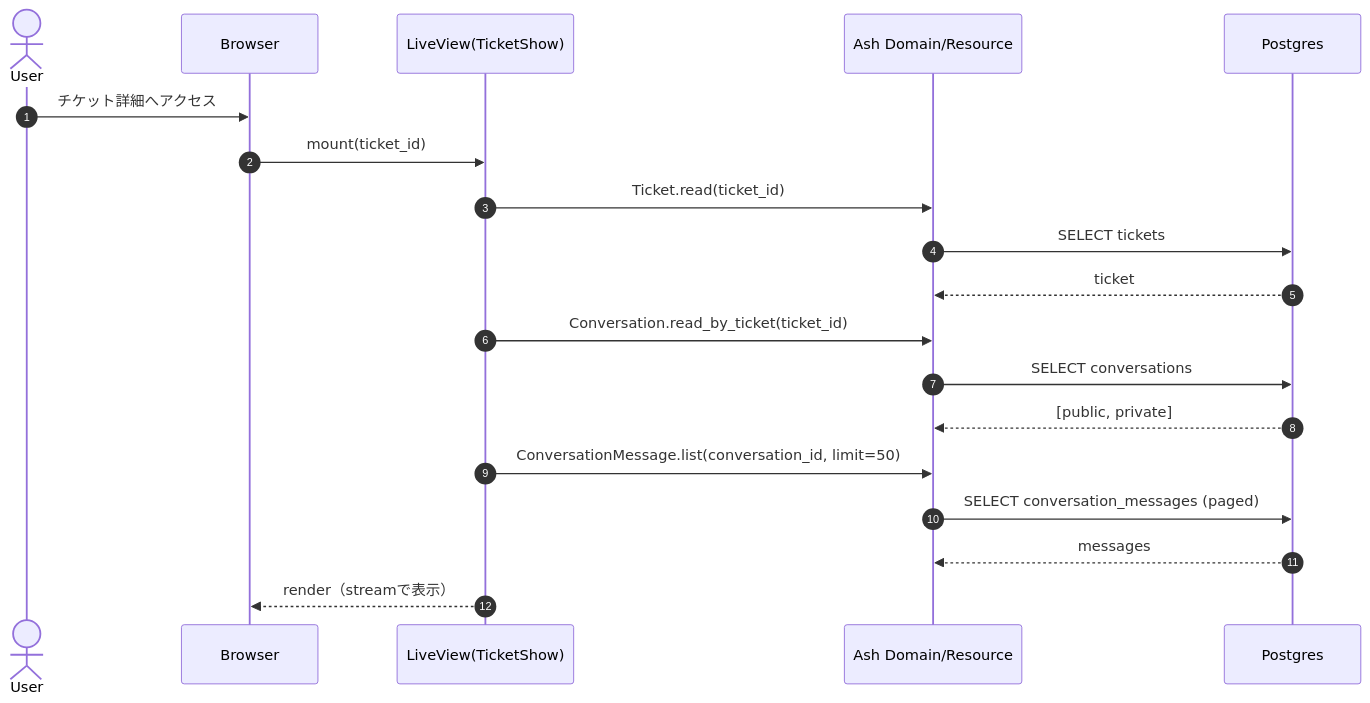
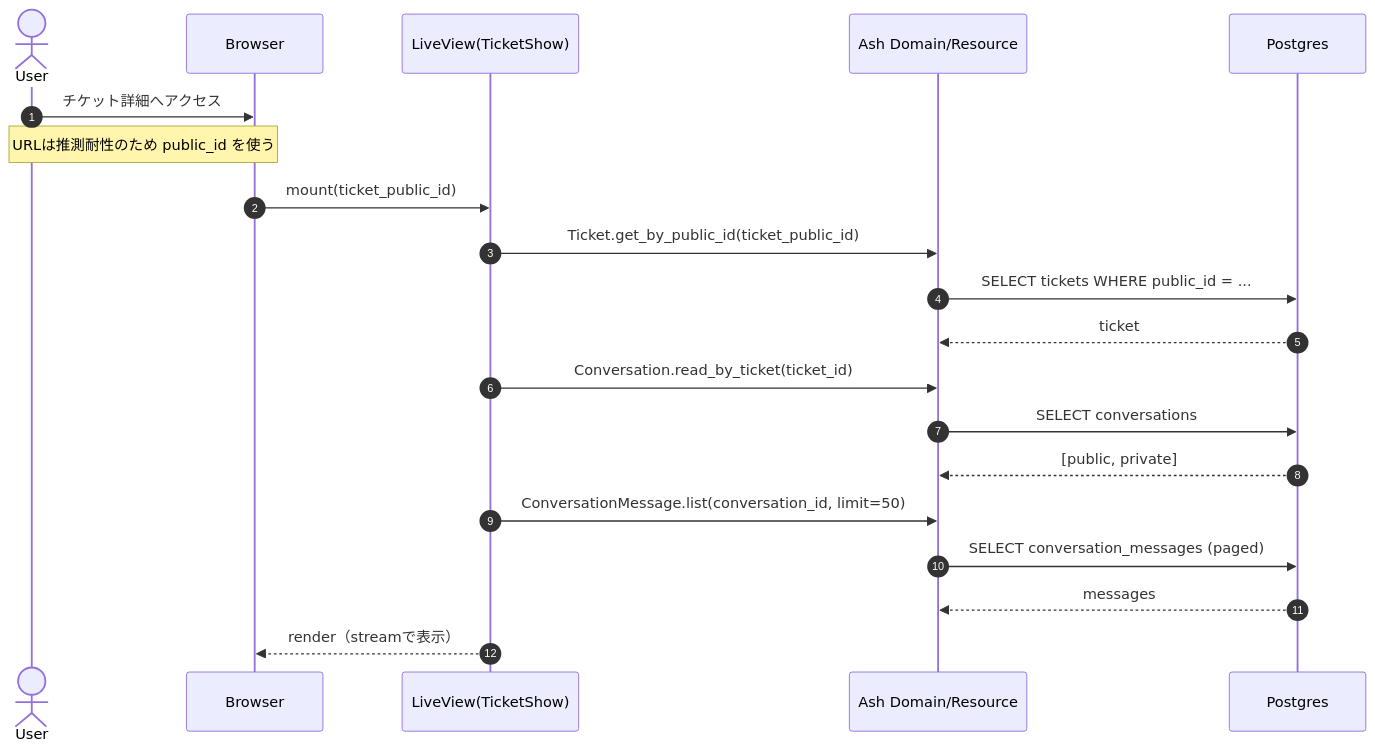
One commit to divergen371/helpdesk_commander changed the second of 10 diagrams in docs/SEQUENCE.md. Above: the diagram before and after it, drawn with Mermaid.

Commit message:
docs: use bigint PK + public_id for identifiers

````diff
--- a/docs/SEQUENCE.md
+++ b/docs/SEQUENCE.md
@@ -50,26 +50,27 @@
 ```mermaid
 sequenceDiagram
   autonumber
   actor U as User
   participant B as Browser
   participant LV as LiveView(TicketShow)
   participant A as Ash Domain/Resource
   participant DB as Postgres
 
   U->>B: チケット詳細へアクセス
-  B->>LV: mount(ticket_id)
+  note over U,B: URLは推測耐性のため public_id を使う
+  B->>LV: mount(ticket_public_id)
 
-  LV->>A: Ticket.read(ticket_id)
-  A->>DB: SELECT tickets
+  LV->>A: Ticket.get_by_public_id(ticket_public_id)
+  A->>DB: SELECT tickets WHERE public_id = ...
   DB-->>A: ticket
 
   LV->>A: Conversation.read_by_ticket(ticket_id)
   A->>DB: SELECT conversations
   DB-->>A: [public, private]
 
   LV->>A: ConversationMessage.list(conversation_id, limit=50)
   A->>DB: SELECT conversation_messages (paged)
   DB-->>A: messages
 
   LV-->>B: render（streamで表示）
 ```
````
